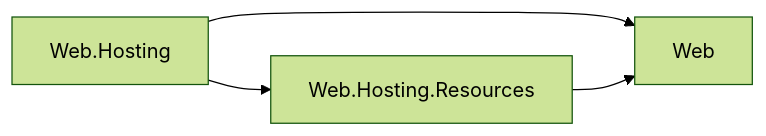
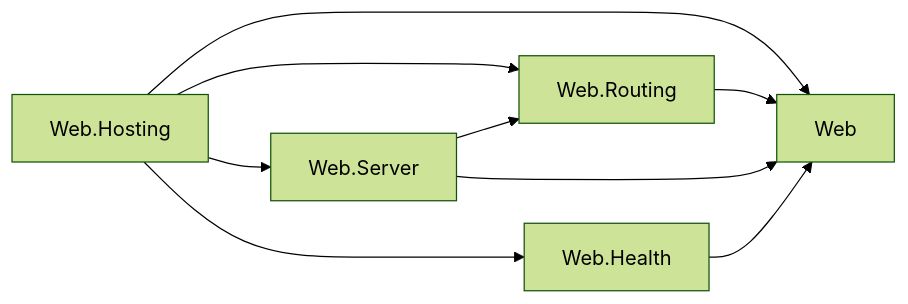
One commit to assimalign/cohesion changed the first of 2 diagrams in resources/Web/Assimalign.Cohesion.Web.Hosting/docs/DESIGN.md. Above: the diagram before and after it, drawn with Mermaid (forest theme). The commit also changed other lines of this file and 2416 other files, not shown here.

````diff
--- a/resources/Web/Assimalign.Cohesion.Web.Hosting/docs/DESIGN.md
+++ b/resources/Web/Assimalign.Cohesion.Web.Hosting/docs/DESIGN.md
@@ -29,6 +38,11 @@
 ```mermaid
 flowchart LR
     Runtime["Web.Hosting"] --> Root["Web"]
-    Runtime --> Terminal["Web.Hosting.Resources"]
-    Terminal --> Root
+    Runtime --> Routing["Web.Routing"]
+    Runtime --> Server["Web.Server"]
+    Runtime --> Health["Web.Health"]
+    Routing --> Root
+    Server --> Root
+    Server --> Routing
+    Health --> Root
 ```
````
